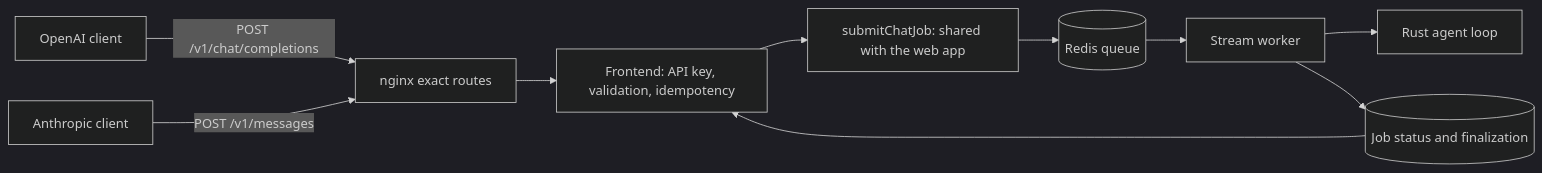
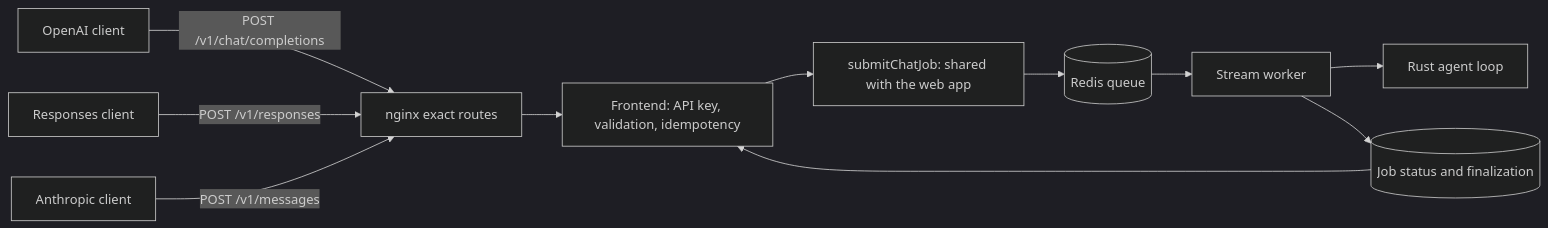
Before and after one commit to tuttlebr/daedalus-agent: the diagram in docs/compatibility-api.md, drawn with Mermaid (dark theme). The commit also changed other lines of this file and 18 other files, not shown here.

Commit message:
Support client API schemas across Chat, Responses, and Messages

````diff
--- a/docs/compatibility-api.md
+++ b/docs/compatibility-api.md
@@ -14,9 +17,10 @@
 ```mermaid
 flowchart LR
     O[OpenAI client] -->|POST /v1/chat/completions| N[nginx exact routes]
+    RSP[Responses client] -->|POST /v1/responses| N
     A[Anthropic client] -->|POST /v1/messages| N
     N --> F[Frontend: API key, validation, idempotency]
     F --> S[submitChatJob: shared with the web app]
     S --> Q[(Redis queue)] --> W[Stream worker] --> R[Rust agent loop]
     W --> J[(Job status and finalization)] --> F
 ```
````
